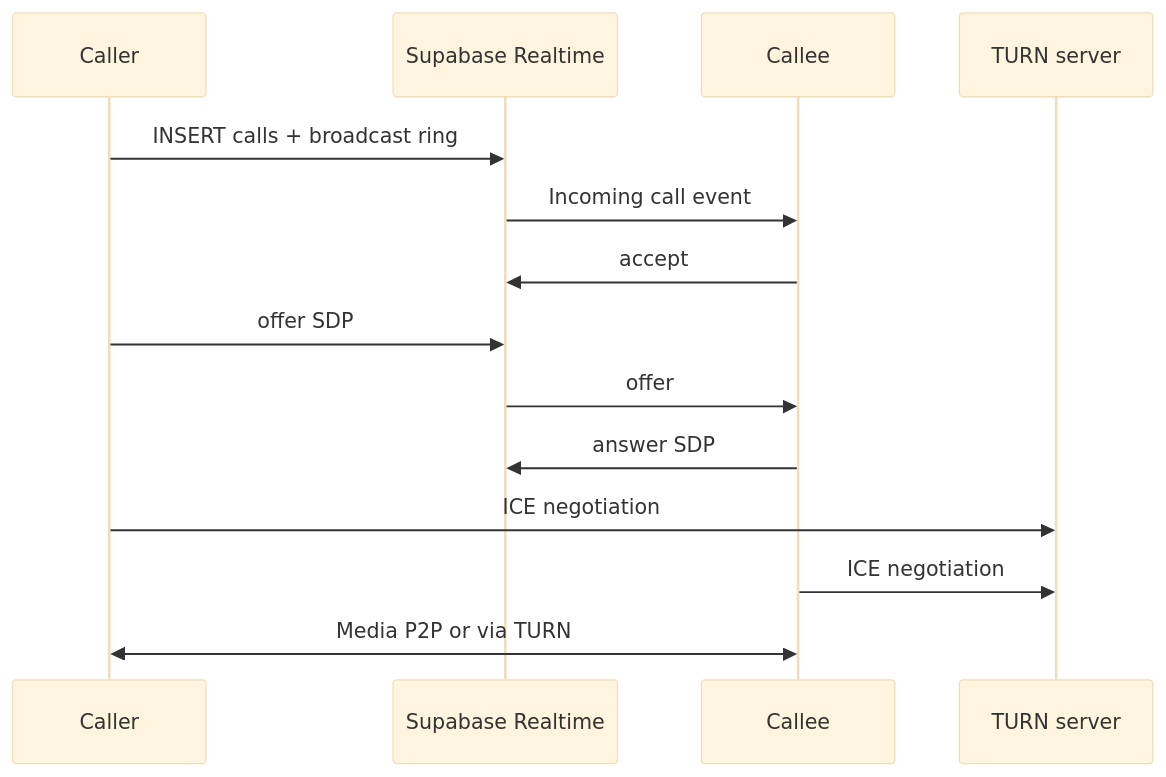
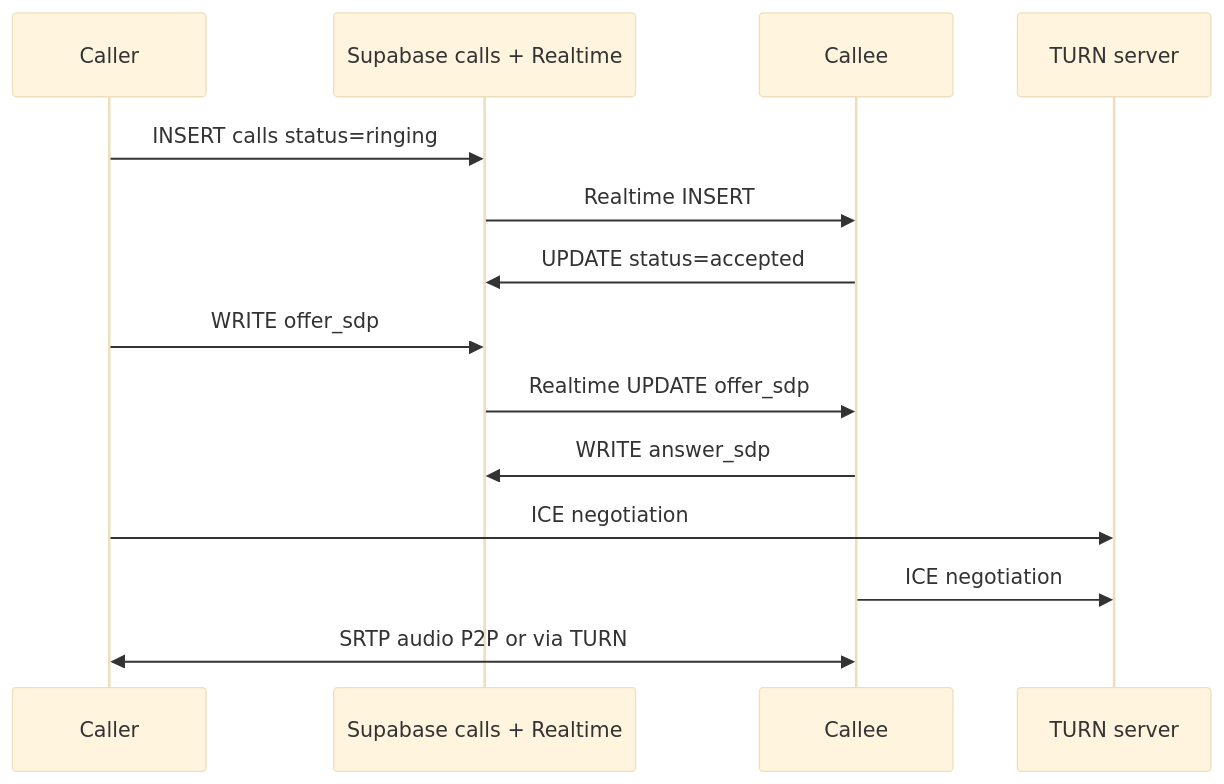
The diagram in architecture/plans/phase4/voice-video-calling.md (mustafafoisol/CallingApp), drawn with Mermaid (base theme) before and after one commit. The commit also changed other lines of this file and 10 other files, not shown here.

````diff
--- a/architecture/plans/phase4/voice-video-calling.md
+++ b/architecture/plans/phase4/voice-video-calling.md
@@ -31,17 +35,17 @@
 ```mermaid
 sequenceDiagram
   participant Caller
-  participant Signaling as Supabase Realtime
+  participant Signaling as Supabase calls + Realtime
   participant Callee
   participant TURN as TURN server
 
-  Caller->>Signaling: INSERT calls + broadcast ring
-  Signaling->>Callee: Incoming call event
-  Callee->>Signaling: accept
-  Caller->>Signaling: offer SDP
-  Signaling->>Callee: offer
-  Callee->>Signaling: answer SDP
+  Caller->>Signaling: INSERT calls status=ringing
+  Signaling->>Callee: Realtime INSERT
+  Callee->>Signaling: UPDATE status=accepted
+  Caller->>Signaling: WRITE offer_sdp
+  Signaling->>Callee: Realtime UPDATE offer_sdp
+  Callee->>Signaling: WRITE answer_sdp
   Caller->>TURN: ICE negotiation
   Callee->>TURN: ICE negotiation
-  Caller<<->>Callee: Media P2P or via TURN
+  Caller<<->>Callee: SRTP audio P2P or via TURN
 ```
````
